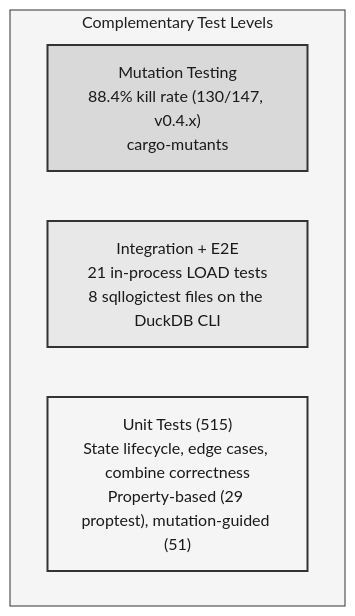
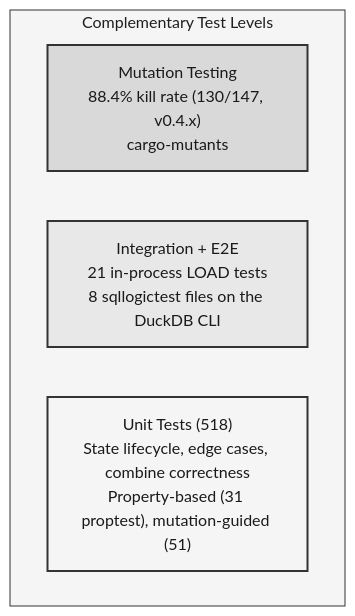
One commit to tomtom215/duckdb-behavioral changed the second of 4 diagrams in docs/src/engineering.md. Above: the diagram before and after it, drawn with Mermaid. The commit also changed other lines of this file and 28 other files, not shown here.

````diff
--- a/docs/src/engineering.md
+++ b/docs/src/engineering.md
@@ -161,13 +161,13 @@
 ```mermaid
 %%{init: {'theme': 'base', 'themeVariables': {'primaryColor': '#ffffff', 'primaryTextColor': '#1a1a1a', 'primaryBorderColor': '#333333', 'lineColor': '#333333', 'secondaryColor': '#f5f5f5', 'tertiaryColor': '#e0e0e0', 'textColor': '#1a1a1a', 'clusterBkg': '#f5f5f5', 'clusterBorder': '#333333'}}}%%
 graph TB
     subgraph "Complementary Test Levels"
         L3["Mutation Testing<br/>88.4% kill rate (130/147, v0.4.x)<br/>cargo-mutants"]
         L2["Integration + E2E<br/>21 in-process LOAD tests<br/>8 sqllogictest files on the DuckDB CLI"]
-        L1["Unit Tests (515)<br/>State lifecycle, edge cases, combine correctness<br/>Property-based (29 proptest), mutation-guided (51)"]
+        L1["Unit Tests (518)<br/>State lifecycle, edge cases, combine correctness<br/>Property-based (31 proptest), mutation-guided (51)"]
     end
 
     style L1 fill:#f5f5f5,stroke:#333333,stroke-width:2px,color:#1a1a1a
     style L2 fill:#e8e8e8,stroke:#333333,stroke-width:2px,color:#1a1a1a
     style L3 fill:#d9d9d9,stroke:#333333,stroke-width:2px,color:#1a1a1a
 ```
````
